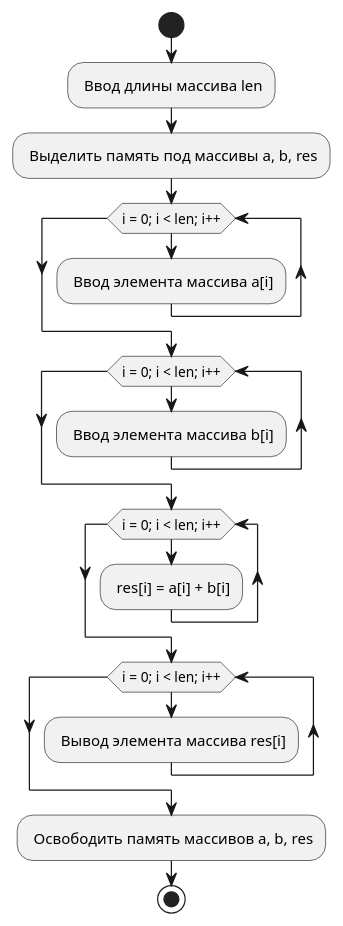
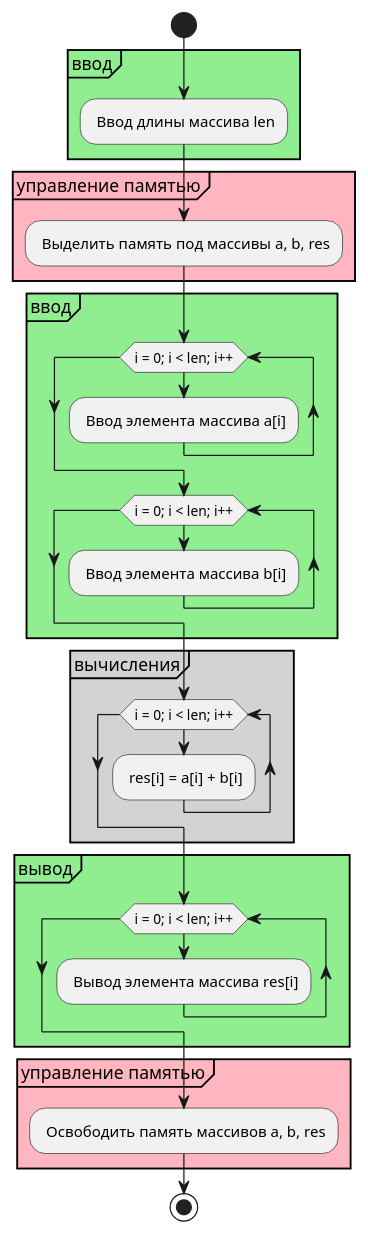
Before and after one commit to ermakov0/ivt-cpp: the diagram in uml/05-2-array-dyn.puml, drawn with PlantUML. The commit also changed 25 other files, not shown here.

```diff
--- a/uml/05-2-array-dyn.puml
+++ b/uml/05-2-array-dyn.puml
@@ -1,19 +1,31 @@
 @startuml 05-2-array-dyn
 start
-- Ввод длины массива len
-- Выделить память под массивы a, b, res
-while (i = 0; i < len; i++)
-    - Ввод элемента массива a[i]
-endwhile
-while (i = 0; i < len; i++)
-    - Ввод элемента массива b[i]
-endwhile
-while (i = 0; i < len; i++)
-    - res[i] = a[i] + b[i]
-endwhile
-while (i = 0; i < len; i++)
-    - Вывод элемента массива res[i]
-endwhile
-- Освободить память массивов a, b, res
+partition #lightGreen "ввод" {
+    - Ввод длины массива len
+}
+partition #lightPink "управление памятью" {
+    - Выделить память под массивы a, b, res
+}
+partition #lightGreen "ввод" {
+    while (i = 0; i < len; i++)
+        - Ввод элемента массива a[i]
+    endwhile
+    while (i = 0; i < len; i++)
+        - Ввод элемента массива b[i]
+    endwhile
+}
+partition #lightGray "вычисления" {
+    while (i = 0; i < len; i++)
+        - res[i] = a[i] + b[i]
+    endwhile
+}
+partition #lightGreen "вывод" {
+    while (i = 0; i < len; i++)
+        - Вывод элемента массива res[i]
+    endwhile
+}
+partition #lightPink "управление памятью" {
+    - Освободить память массивов a, b, res
+}
 stop
 @enduml
```
